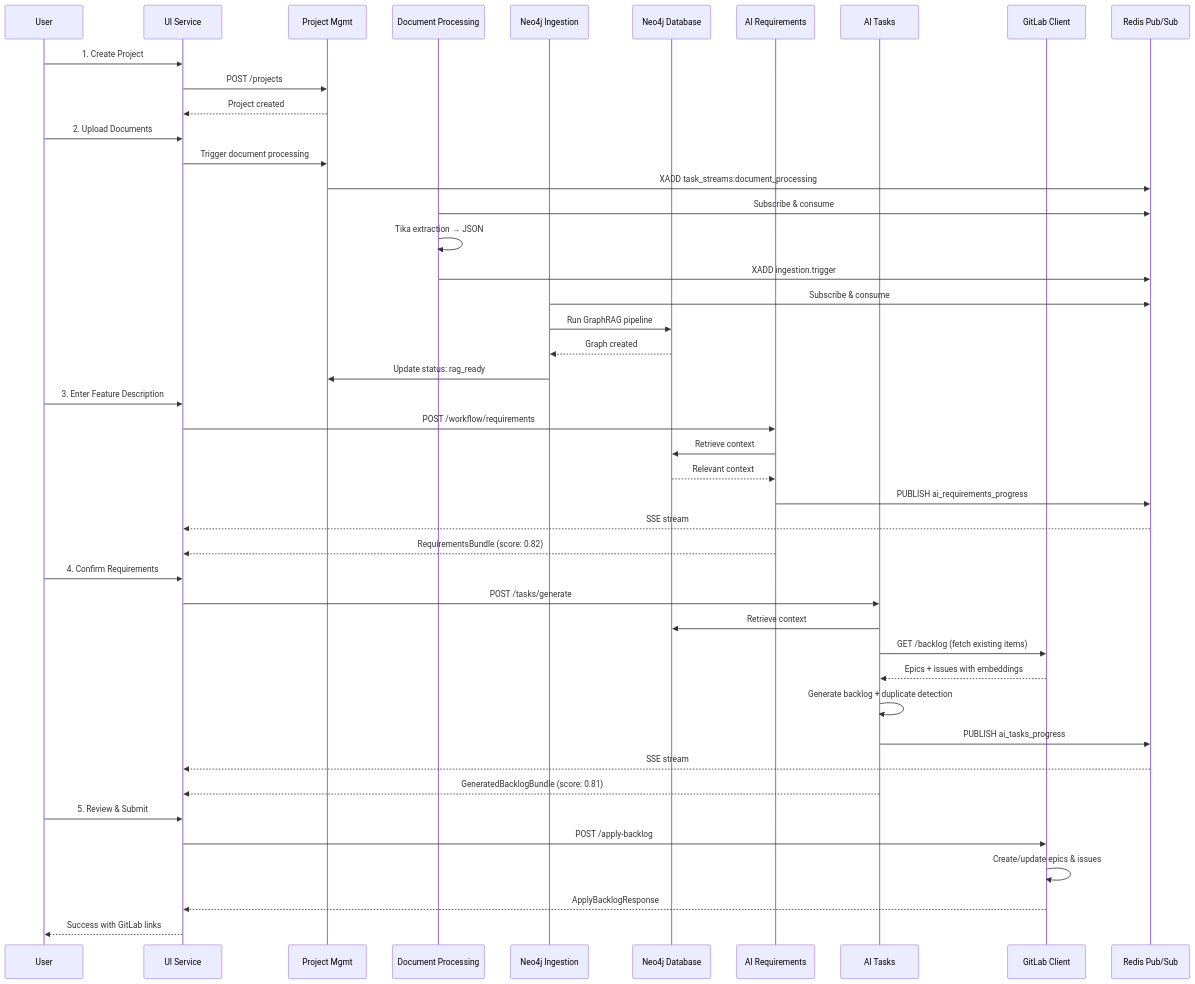
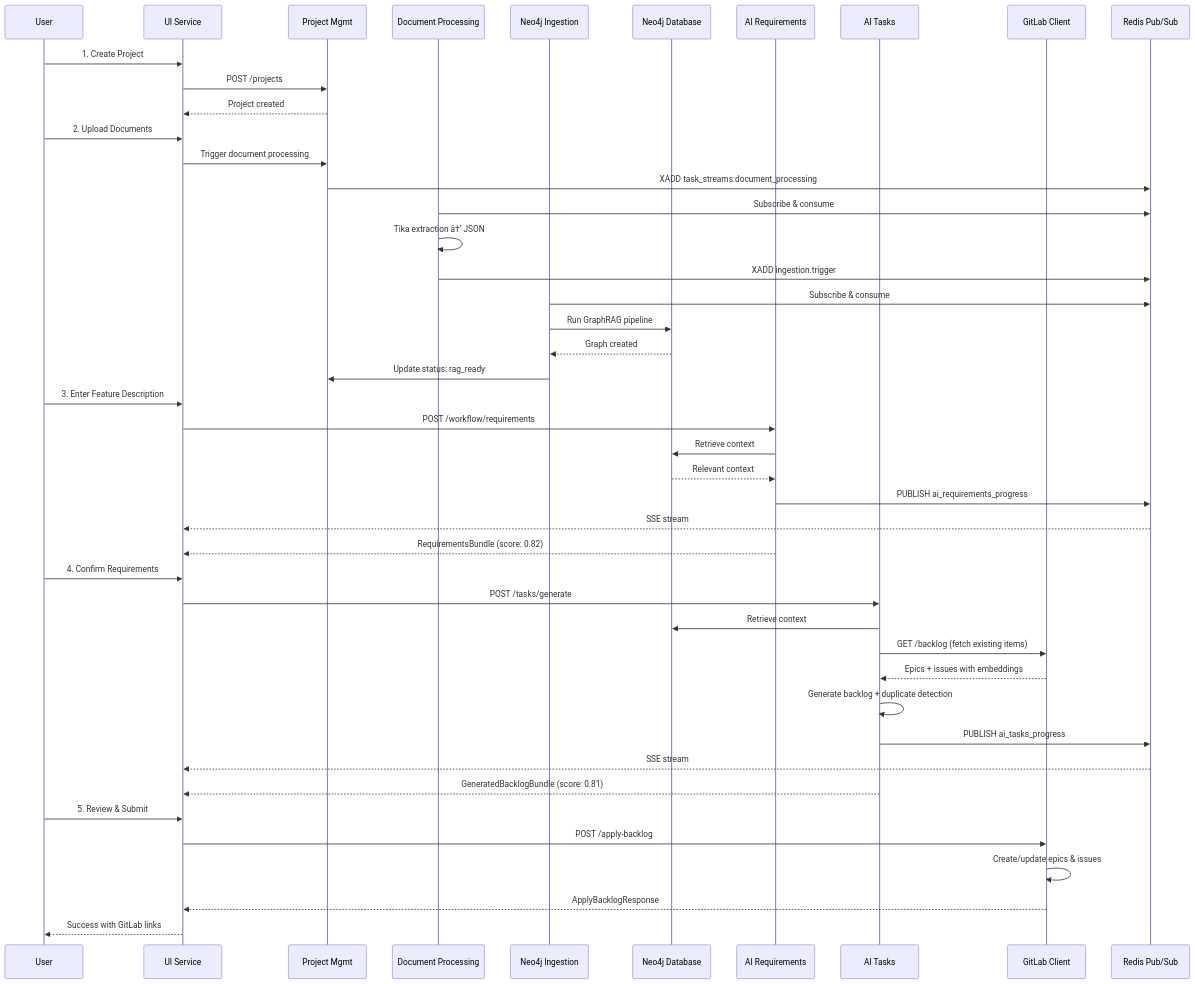
The second of 3 diagrams in git-epic-creator/README.md (vladavilov/playground), drawn with Mermaid before and after one commit. The commit also changed other lines of this file and 189 other files, not shown here.

````diff
--- a/git-epic-creator/README.md
+++ b/git-epic-creator/README.md
@@ -555,52 +555,52 @@
 ```mermaid
 sequenceDiagram
     participant User
     participant UI as UI Service
     participant ProjMgmt as Project Mgmt
     participant DocProc as Document Processing
     participant Neo4jIngest as Neo4j Ingestion
     participant Neo4j as Neo4j Database
     participant AIReq as AI Requirements
     participant AITask as AI Tasks
     participant GitLab as GitLab Client
     participant Redis as Redis Pub/Sub
 
     User->>UI: 1. Create Project
     UI->>ProjMgmt: POST /projects
     ProjMgmt-->>UI: Project created
     
     User->>UI: 2. Upload Documents
     UI->>ProjMgmt: Trigger document processing
     ProjMgmt->>Redis: XADD task_streams:document_processing
     DocProc->>Redis: Subscribe & consume
-    DocProc->>DocProc: Tika extraction → JSON
+    DocProc->>DocProc: Tika extraction â†’ JSON
     DocProc->>Redis: XADD ingestion.trigger
     Neo4jIngest->>Redis: Subscribe & consume
     Neo4jIngest->>Neo4j: Run GraphRAG pipeline
     Neo4j-->>Neo4jIngest: Graph created
     Neo4jIngest->>ProjMgmt: Update status: rag_ready
     
     User->>UI: 3. Enter Feature Description
     UI->>AIReq: POST /workflow/requirements
     AIReq->>Neo4j: Retrieve context
     Neo4j-->>AIReq: Relevant context
     AIReq->>Redis: PUBLISH ai_requirements_progress
     Redis-->>UI: SSE stream
     AIReq-->>UI: RequirementsBundle (score: 0.82)
     
     User->>UI: 4. Confirm Requirements
     UI->>AITask: POST /tasks/generate
     AITask->>Neo4j: Retrieve context
     AITask->>GitLab: GET /backlog (fetch existing items)
     GitLab-->>AITask: Epics + issues with embeddings
     AITask->>AITask: Generate backlog + duplicate detection
     AITask->>Redis: PUBLISH ai_tasks_progress
     Redis-->>UI: SSE stream
     AITask-->>UI: GeneratedBacklogBundle (score: 0.81)
     
     User->>UI: 5. Review & Submit
     UI->>GitLab: POST /apply-backlog
     GitLab->>GitLab: Create/update epics & issues
     GitLab-->>UI: ApplyBacklogResponse
     UI-->>User: Success with GitLab links
 ```
````
